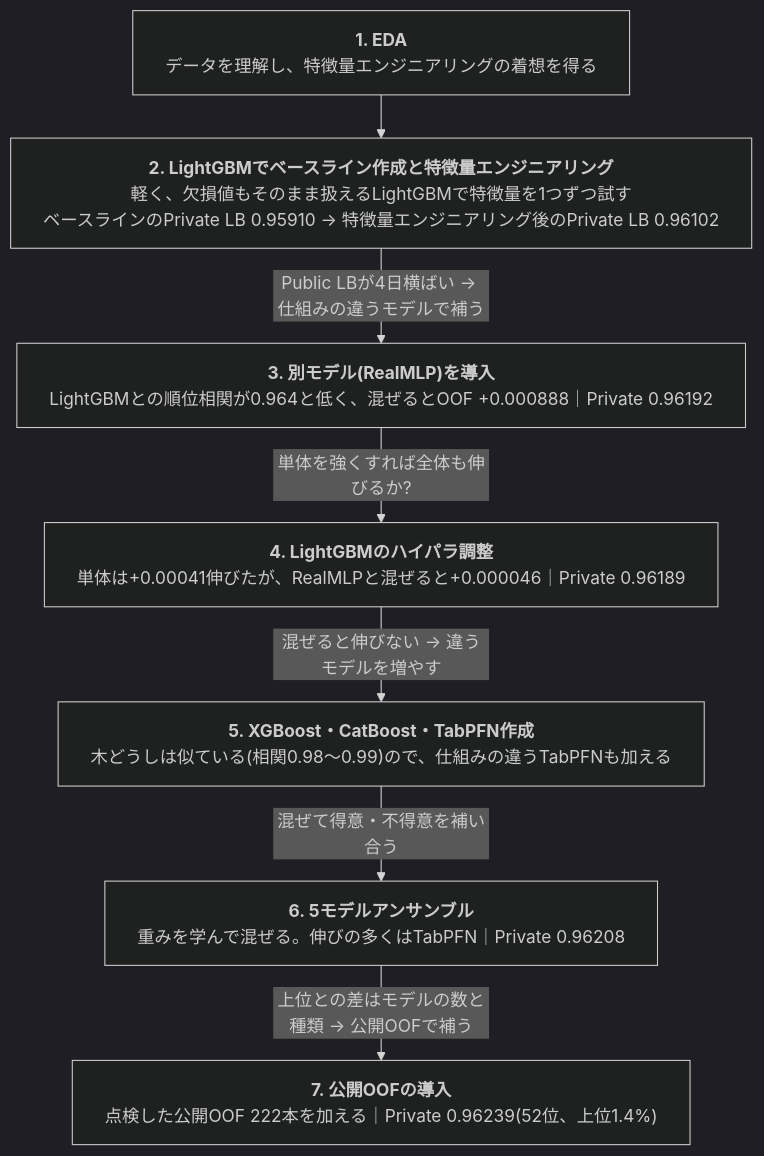
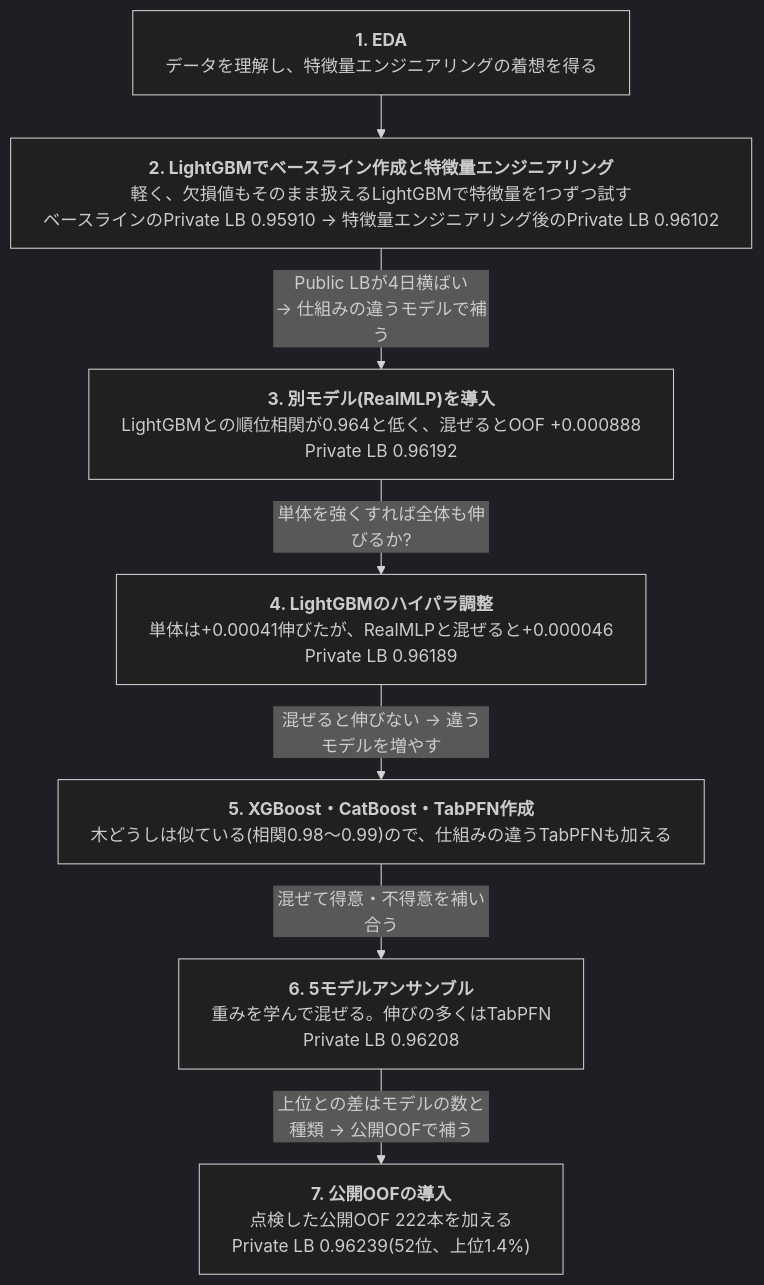
The first of 3 diagrams in README.md (aramaki5443-art/kaggle-s6e10-airline-satisfaction), drawn with Mermaid (dark theme) before and after one commit.

Commit message:
README: フロー図のスコア表記をPrivate LBに統一、2→3のラベルを改行
Claude-Session: https://claude.ai/code/session_01W4XQw12fApd9PttvvKTwbS

````diff
--- a/README.md
+++ b/README.md
@@ -21,22 +21,22 @@
 ```mermaid
 ---
 config:
   flowchart:
     wrappingWidth: 800
     rankSpacing: 40
 ---
 flowchart TD
   S1["<b>1. EDA</b><br>データを理解し、特徴量エンジニアリングの着想を得る"]
   S2["<b>2. LightGBMでベースライン作成と特徴量エンジニアリング</b><br>軽く、欠損値もそのまま扱えるLightGBMで特徴量を1つずつ試す<br>ベースラインのPrivate LB 0.95910 → 特徴量エンジニアリング後のPrivate LB 0.96102"]
-  S3["<b>3. 別モデル(RealMLP)を導入</b><br>LightGBMとの順位相関が0.964と低く、混ぜるとOOF +0.000888｜Private 0.96192"]
-  S4["<b>4. LightGBMのハイパラ調整</b><br>単体は+0.00041伸びたが、RealMLPと混ぜると+0.000046｜Private 0.96189"]
+  S3["<b>3. 別モデル(RealMLP)を導入</b><br>LightGBMとの順位相関が0.964と低く、混ぜるとOOF +0.000888<br>Private LB 0.96192"]
+  S4["<b>4. LightGBMのハイパラ調整</b><br>単体は+0.00041伸びたが、RealMLPと混ぜると+0.000046<br>Private LB 0.96189"]
   S5["<b>5. XGBoost・CatBoost・TabPFN作成</b><br>木どうしは似ている(相関0.98〜0.99)ので、仕組みの違うTabPFNも加える"]
-  S6["<b>6. 5モデルアンサンブル</b><br>重みを学んで混ぜる。伸びの多くはTabPFN｜Private 0.96208"]
-  S7["<b>7. 公開OOFの導入</b><br>点検した公開OOF 222本を加える｜Private 0.96239(52位、上位1.4%)"]
+  S6["<b>6. 5モデルアンサンブル</b><br>重みを学んで混ぜる。伸びの多くはTabPFN<br>Private LB 0.96208"]
+  S7["<b>7. 公開OOFの導入</b><br>点検した公開OOF 222本を加える<br>Private LB 0.96239(52位、上位1.4%)"]
   S1 --> S2
-  S2 -->|"Public LBが4日横ばい → 仕組みの違うモデルで補う"| S3
+  S2 -->|"Public LBが4日横ばい<br>→ 仕組みの違うモデルで補う"| S3
   S3 -->|"単体を強くすれば全体も伸びるか?"| S4
   S4 -->|"混ぜると伸びない → 違うモデルを増やす"| S5
   S5 -->|"混ぜて得意・不得意を補い合う"| S6
   S6 -->|"上位との差はモデルの数と種類 → 公開OOFで補う"| S7
 ```
````
